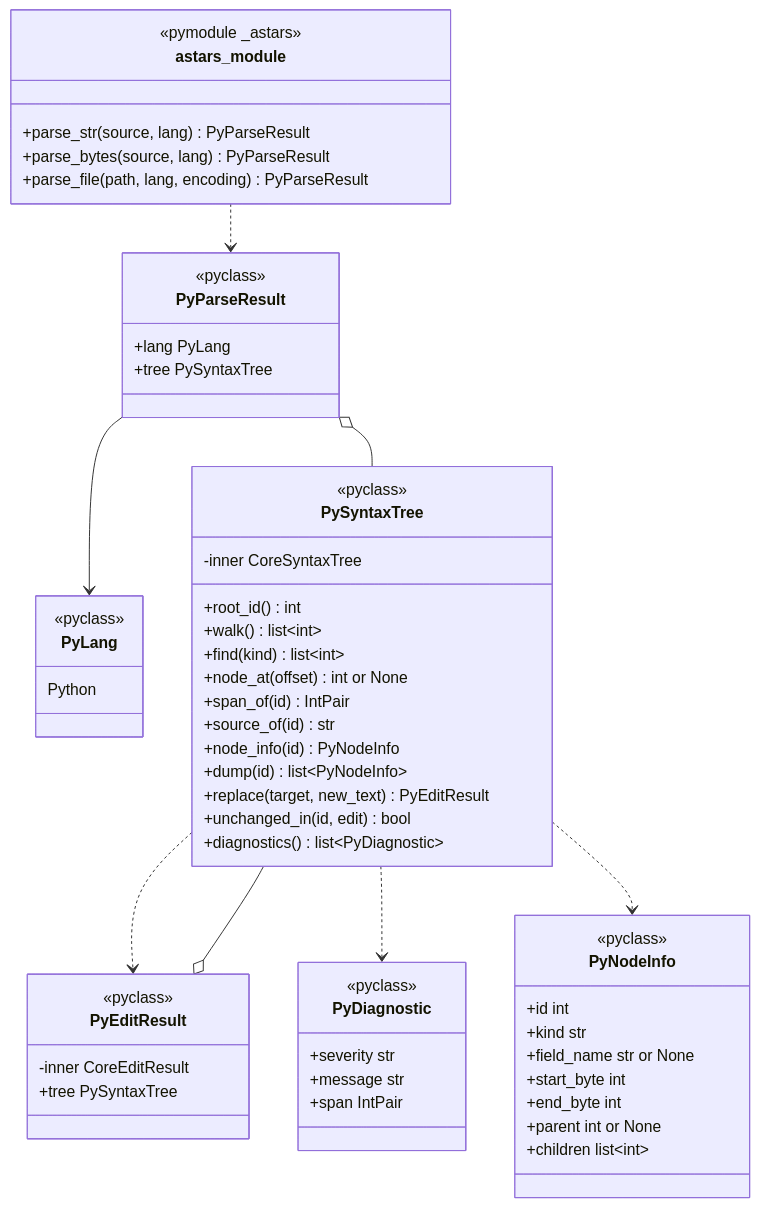
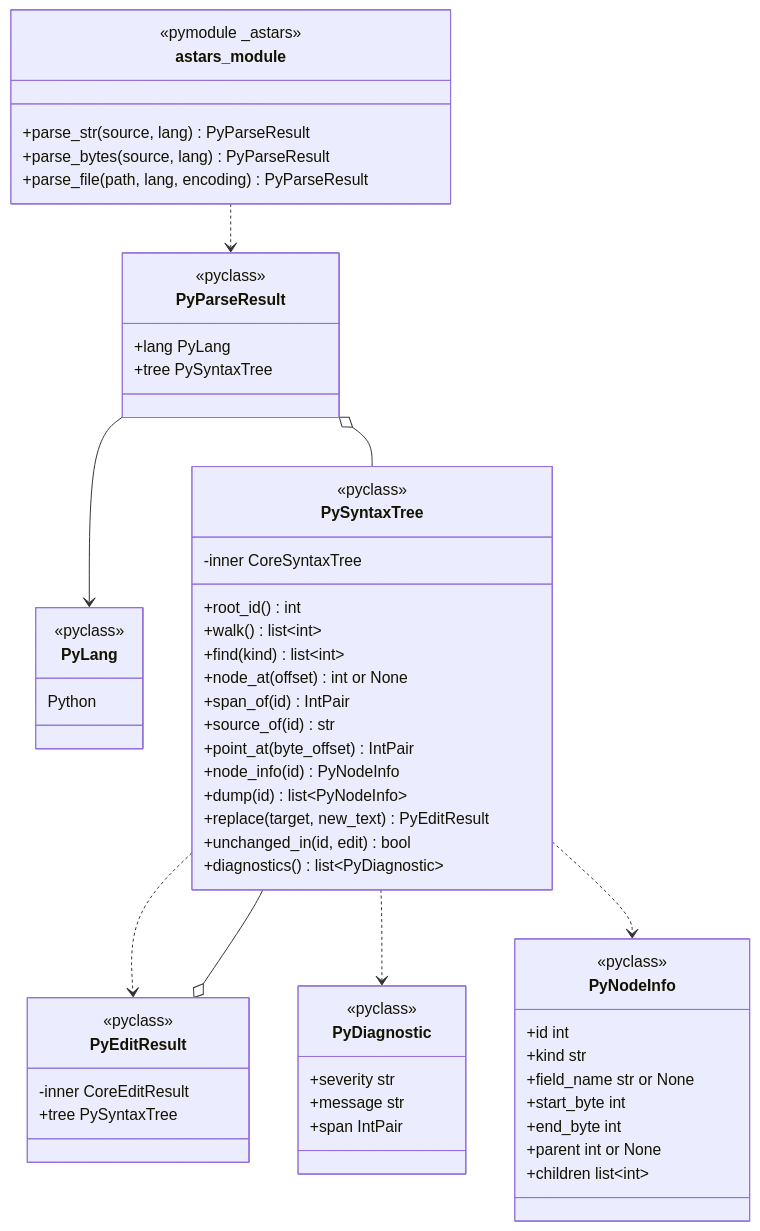
One commit to xwasoux/astars changed the second of 4 diagrams in docs/architecture/ARCHITECTURE.ja.md. Above: the diagram before and after it, drawn with Mermaid. The commit also changed other lines of this file and 5 other files, not shown here.

````diff
--- a/docs/architecture/ARCHITECTURE.ja.md
+++ b/docs/architecture/ARCHITECTURE.ja.md
@@ -125,62 +133,63 @@
 ```mermaid
 classDiagram
     class PyLang {
         <<pyclass>>
         Python
     }
     class PyNodeInfo {
         <<pyclass>>
         +id int
         +kind str
         +field_name str or None
         +start_byte int
         +end_byte int
         +parent int or None
         +children list~int~
     }
     class PyDiagnostic {
         <<pyclass>>
         +severity str
         +message str
         +span IntPair
     }
     class PySyntaxTree {
         <<pyclass>>
         -inner CoreSyntaxTree
         +root_id() int
         +walk() list~int~
         +find(kind) list~int~
         +node_at(offset) int or None
         +span_of(id) IntPair
         +source_of(id) str
+        +point_at(byte_offset) IntPair
         +node_info(id) PyNodeInfo
         +dump(id) list~PyNodeInfo~
         +replace(target, new_text) PyEditResult
         +unchanged_in(id, edit) bool
         +diagnostics() list~PyDiagnostic~
     }
     class PyEditResult {
         <<pyclass>>
         -inner CoreEditResult
         +tree PySyntaxTree
     }
     class PyParseResult {
         <<pyclass>>
         +lang PyLang
         +tree PySyntaxTree
     }
     class astars_module {
         <<pymodule _astars>>
         +parse_str(source, lang) PyParseResult
         +parse_bytes(source, lang) PyParseResult
         +parse_file(path, lang, encoding) PyParseResult
     }
 
     astars_module ..> PyParseResult
     PyParseResult o-- PySyntaxTree
     PyParseResult --> PyLang
     PySyntaxTree ..> PyEditResult
     PyEditResult o-- PySyntaxTree
     PySyntaxTree ..> PyDiagnostic
     PySyntaxTree ..> PyNodeInfo
 ```
````
